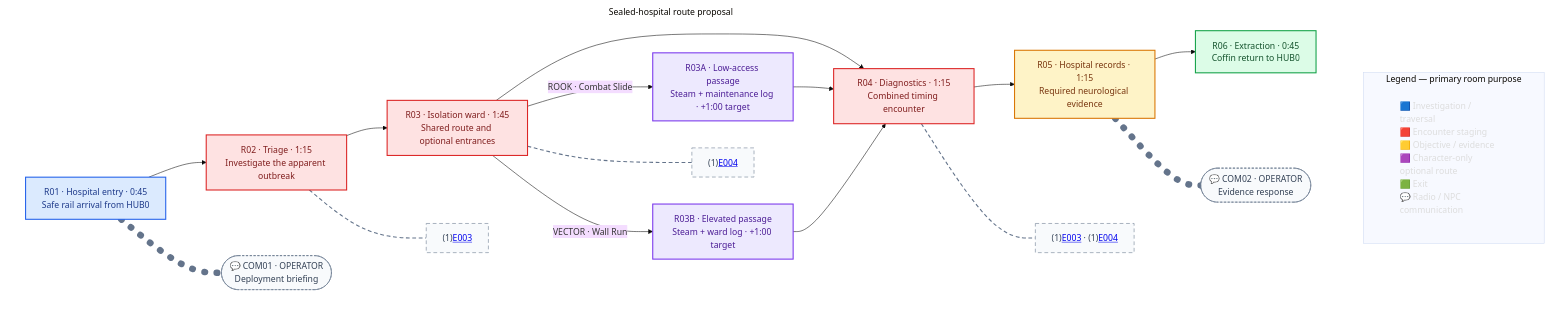
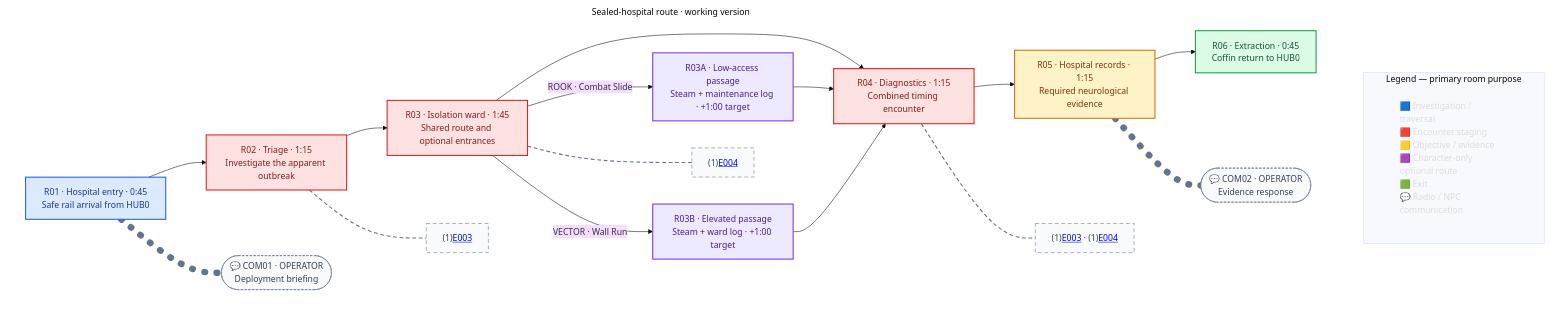
The diagram in missions/m02.md (justgook/imprint-zero), drawn with Mermaid (base theme) before and after one commit. The commit also changed other lines of this file and 51 other files, not shown here.

Commit message:
📝(wiki): treat authored design as the current working version

````diff
--- a/missions/m02.md
+++ b/missions/m02.md
@@ -32,50 +32,50 @@
 ```mermaid
 flowchart TB
     subgraph Legend[Legend — primary room purpose]
         L["🟦 Investigation / traversal<br/>🟥 Encounter staging<br/>🟨 Objective / evidence<br/>🟪 Character-only optional route<br/>🟩 Exit<br/>💬 Radio / NPC communication"]
     end
 
-    subgraph Route[Sealed-hospital route proposal]
+    subgraph Route[Sealed-hospital route · working version]
         direction LR
         R01["R01 · Hospital entry · 0:45<br/>Safe rail arrival from HUB0"] --> R02["R02 · Triage · 1:15<br/>Investigate the apparent outbreak"]
         R02 --> R03["R03 · Isolation ward · 1:45<br/>Shared route and optional entrances"]
         R03 --> R04["R04 · Diagnostics · 1:15<br/>Combined timing encounter"]
         R04 --> R05["R05 · Hospital records · 1:15<br/>Required neurological evidence"]
         R05 --> R06["R06 · Extraction · 0:45<br/>Coffin return to HUB0"]
 
         R03 -->|ROOK · Combat Slide| R03A["R03A · Low-access passage<br/>Steam + maintenance log · +1:00 target"]
         R03A --> R04
         R03 -->|VECTOR · Wall Run| R03B["R03B · Elevated passage<br/>Steam + ward log · +1:00 target"]
         R03B --> R04
 
         R01 -.- COM01(["💬 COM01 · OPERATOR<br/>Deployment briefing"])
         R05 -.- COM02(["💬 COM02 · OPERATOR<br/>Evidence response"])
         R02 -.- C02["(1)<a href='#/enemies/e003'>E003</a>"]
         R03 -.- C03["(1)<a href='#/enemies/e004'>E004</a>"]
         R04 -.- C04["(1)<a href='#/enemies/e003'>E003</a> · (1)<a href='#/enemies/e004'>E004</a>"]
 
         click COM01 href "#/locale/en/dialogue.po?entry=dialogue.m02.com01"
         click COM02 href "#/locale/en/dialogue.po?entry=dialogue.m02.com02"
     end
 
     classDef investigation fill:#dbeafe,stroke:#2563eb,color:#1e3a8a,stroke-width:2px;
     classDef encounter fill:#fee2e2,stroke:#dc2626,color:#7f1d1d,stroke-width:2px;
     classDef objective fill:#fef3c7,stroke:#d97706,color:#78350f,stroke-width:2px;
     classDef optional fill:#ede9fe,stroke:#7c3aed,color:#4c1d95,stroke-width:2px;
     classDef exit fill:#dcfce7,stroke:#16a34a,color:#14532d,stroke-width:2px;
     classDef communication fill:#f8fafc,stroke:#64748b,color:#334155,stroke-width:1px,stroke-dasharray:4 3;
     classDef roomContent fill:#f8fafc,stroke:#64748b,color:#334155,stroke-width:1px,stroke-dasharray:7 5;
     classDef legend fill:none,stroke:none,color:#ddd,text-align:left;
 
     class R01 investigation;
     class R02,R03,R04 encounter;
     class R05 objective;
     class R06 exit;
     class R03A,R03B optional;
     class COM01,COM02 communication;
     class C02,C03,C04 roomContent;
     class L legend;
     linkStyle 9,10 stroke:#64748b,stroke-width:12px,stroke-dasharray:1 22,stroke-linecap:round;
     linkStyle 11,12,13 stroke:#64748b,stroke-width:2px,stroke-dasharray:7 5;
     style Route fill:none,stroke:none;
 ```
````
